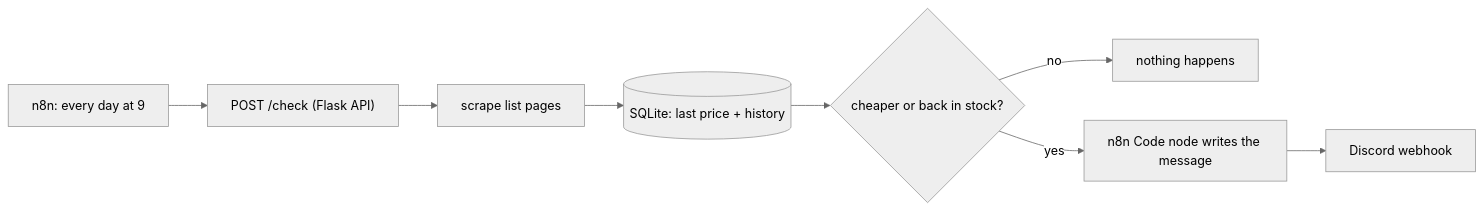
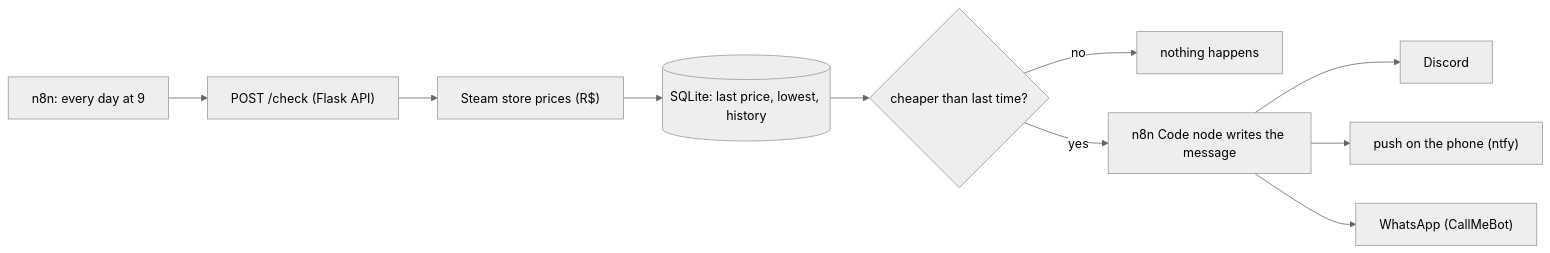
Before and after one commit to ViniciuscLemos/price-watch-n8n: the diagram in README.md, drawn with Mermaid (neutral theme). The commit also changed other lines of this file, not shown here.

Commit message:
readme: steam deals, the three channels and how to set them up

````diff
--- a/README.md
+++ b/README.md
@@ -17,10 +15,12 @@
 ```mermaid
 flowchart LR
     cron["n8n: every day at 9"] --> check["POST /check (Flask API)"]
-    check --> scrape["scrape list pages"]
-    scrape --> db[("SQLite: last price + history")]
-    db --> diff{"cheaper or back in stock?"}
+    check --> steam["Steam store prices (R$)"]
+    steam --> db[("SQLite: last price, lowest, history")]
+    db --> diff{"cheaper than last time?"}
     diff -- no --> stop["nothing happens"]
     diff -- yes --> msg["n8n Code node writes the message"]
-    msg --> discord["Discord webhook"]
+    msg --> discord["Discord"]
+    msg --> phone["push on the phone (ntfy)"]
+    msg --> wa["WhatsApp (CallMeBot)"]
 ```
````
